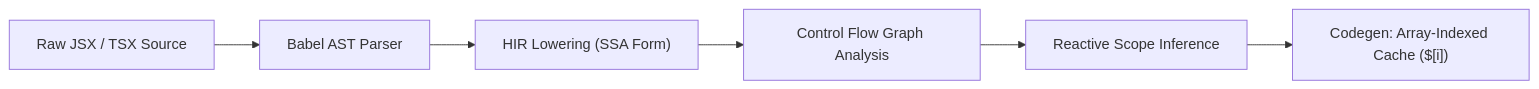
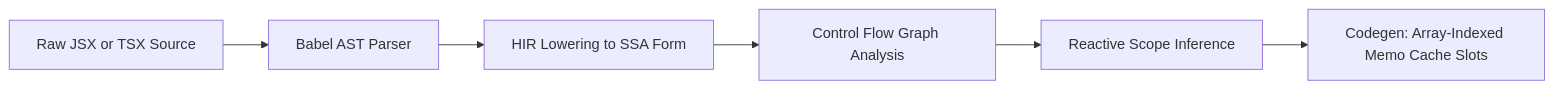
Before and after one commit to akmalkhaniub/akmalkhaniub.github.io: the second of 2 diagrams in blog/posts/react-compiler-vs-signals-fine-grained-reactivity-ast-tradeoffs.md, drawn with Mermaid. The commit also changed other lines of this file and 600 other files, not shown here.

Commit message:
fix(blog): resolve Mermaid v10 syntax errors across Figure 1 and publication subgraphs

````diff
--- a/blog/posts/react-compiler-vs-signals-fine-grained-reactivity-ast-tradeoffs.md
+++ b/blog/posts/react-compiler-vs-signals-fine-grained-reactivity-ast-tradeoffs.md
@@ -75,8 +75,8 @@
 ```mermaid
 graph LR
-  RawCode["Raw JSX / TSX Source"] --> BabelAST["Babel AST Parser"]
-  BabelAST --> HIRLowering["HIR Lowering (SSA Form)"]
+  RawCode["Raw JSX or TSX Source"] --> BabelAST["Babel AST Parser"]
+  BabelAST --> HIRLowering["HIR Lowering to SSA Form"]
   HIRLowering --> CFG["Control Flow Graph Analysis"]
   CFG --> ReactiveInference["Reactive Scope Inference"]
-  ReactiveInference --> MemoCodegen["Codegen: Array-Indexed Cache ($[i])"]
+  ReactiveInference --> MemoCodegen["Codegen: Array-Indexed Memo Cache Slots"]
 ```
````
